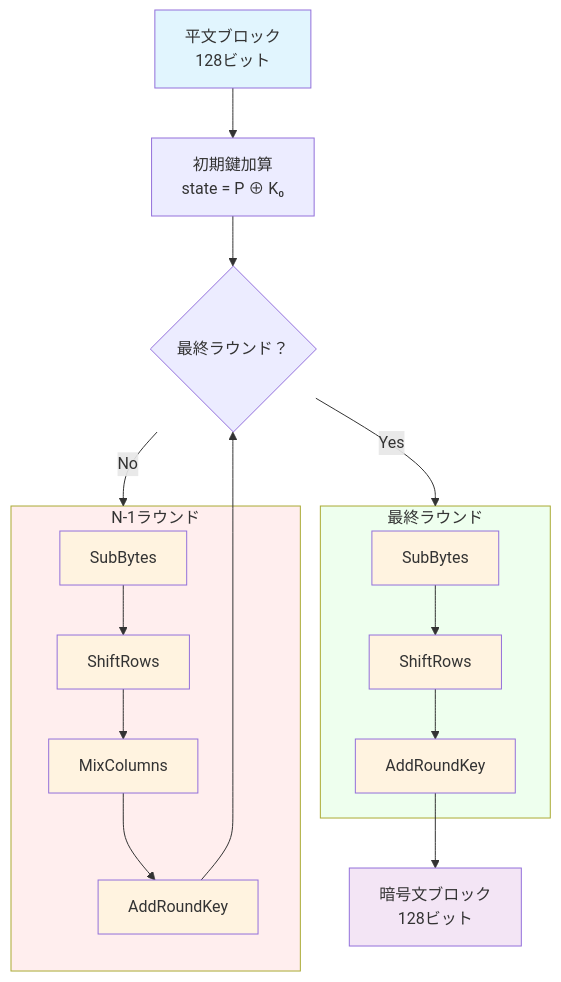
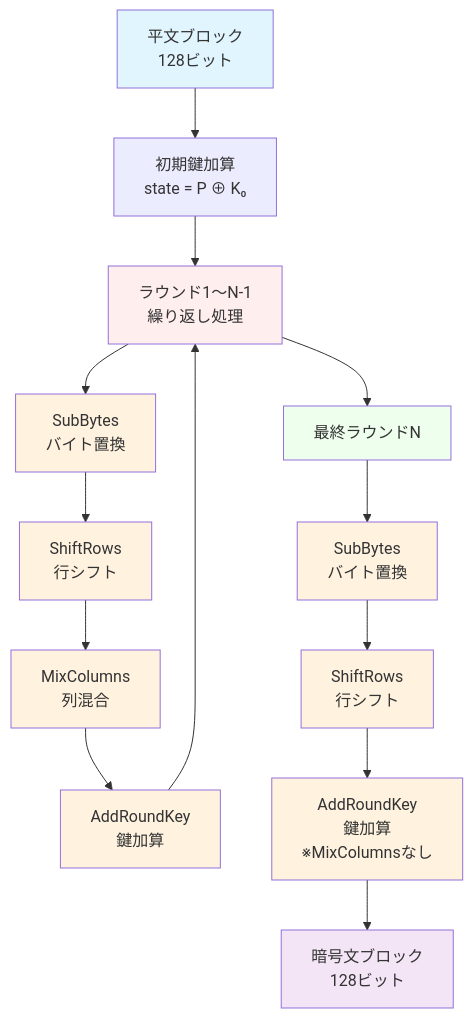
One commit to naokirin/learning_contemporary_cryptography changed the second of 10 diagrams in articles/第2回/article.md. Above: the diagram before and after it, drawn with Mermaid. The commit also changed other lines of this file and 6 other files, not shown here.

````diff
--- a/articles/第2回/article.md
+++ b/articles/第2回/article.md
@@ -576,44 +580,32 @@
 ```mermaid
 flowchart TB
     A[平文ブロック<br/>128ビット] --> B[初期鍵加算<br/>state = P ⊕ K₀]
     
-    B --> H{最終ラウンド？}
-    H -->|No| SA
-    H -->|Yes| SB
-
-    subgraph SA[N-1ラウンド]
-      D[SubBytes]
-      E
-      F
-      G
-    end
-
-    subgraph SB[最終ラウンド]
-      J[SubBytes]
-      K
-      L
-    end
+    B --> C[ラウンド1〜N-1<br/>繰り返し処理]
     
-    D --> E[ShiftRows]
-    E --> F[MixColumns]
-    F --> G[AddRoundKey]
-    G --> H
+    C --> D[SubBytes<br/>バイト置換]
+    D --> E[ShiftRows<br/>行シフト]
+    E --> F[MixColumns<br/>列混合]
+    F --> G[AddRoundKey<br/>鍵加算]
+    G --> C
     
-    J --> K[ShiftRows]
-    K --> L[AddRoundKey]
+    C --> H[最終ラウンドN]
+    
+    H --> J[SubBytes<br/>バイト置換]
+    J --> K[ShiftRows<br/>行シフト]
+    K --> L[AddRoundKey<br/>鍵加算<br/>※MixColumnsなし]
     
     L --> M[暗号文ブロック<br/>128ビット]
     
     style A fill:#e1f5fe
     style M fill:#f3e5f5
+    style C fill:#ffeeee
     style D fill:#fff3e0
     style E fill:#fff3e0
     style F fill:#fff3e0
     style G fill:#fff3e0
+    style H fill:#eeffee
     style J fill:#fff3e0
     style K fill:#fff3e0
     style L fill:#fff3e0
-
-    style SA fill:#ffeeee
-    style SB fill: #eeffee
 ```
````
